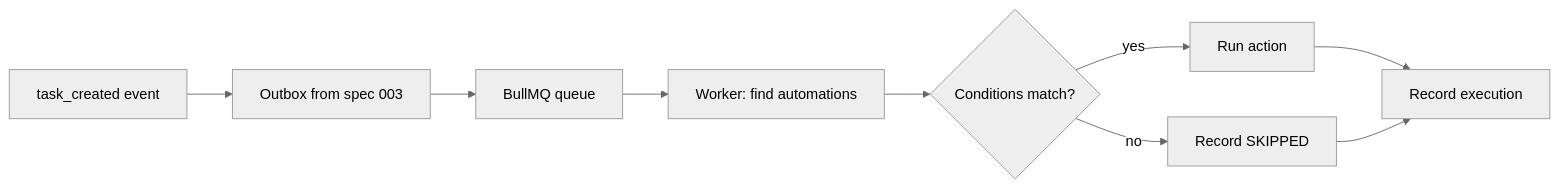
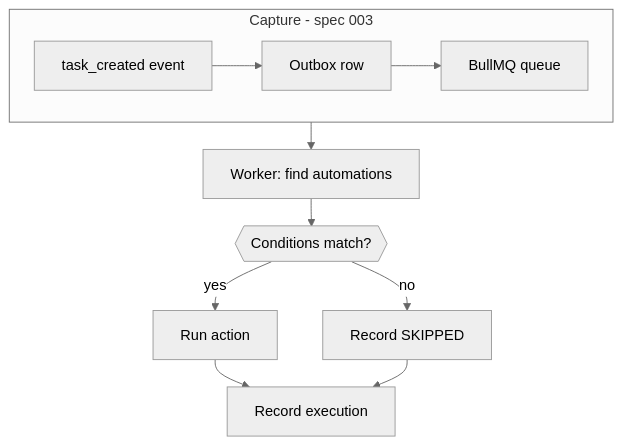
One commit to felipefontoura/spec-driven-development-book changed the tenth of 15 diagrams in BOOK.en.md. Above: the diagram before and after it, drawn with Mermaid (neutral theme). The commit also changed other lines of this file and 1 other file, not shown here.

````diff
--- a/BOOK.en.md
+++ b/BOOK.en.md
@@ -2369,16 +2320,25 @@
 ```mermaid
-flowchart LR
-    EVT[task_created event] --> OB[Outbox from spec 003]
-    OB --> BQ[BullMQ queue]
-    BQ --> PROC[Worker: find automations]
-    PROC --> COND{Conditions match?}
+---
+config:
+  flowchart:
+    rankSpacing: 30
+---
+flowchart TB
+    subgraph IN["Capture - spec 003"]
+        direction LR
+        EVT[task_created event] --> OB[Outbox row]
+        OB --> BQ[BullMQ queue]
+    end
+
+    IN --> PROC[Worker: find automations]
+    PROC --> COND{{Conditions match?}}
     COND -->|yes| EXEC[Run action]
     COND -->|no| SKIP[Record SKIPPED]
     EXEC --> LOG[Record execution]
     SKIP --> LOG
 
     class EVT neutral;
     class BQ soft;
     class EXEC,LOG accent;
     class SKIP muted;
 ```
````
